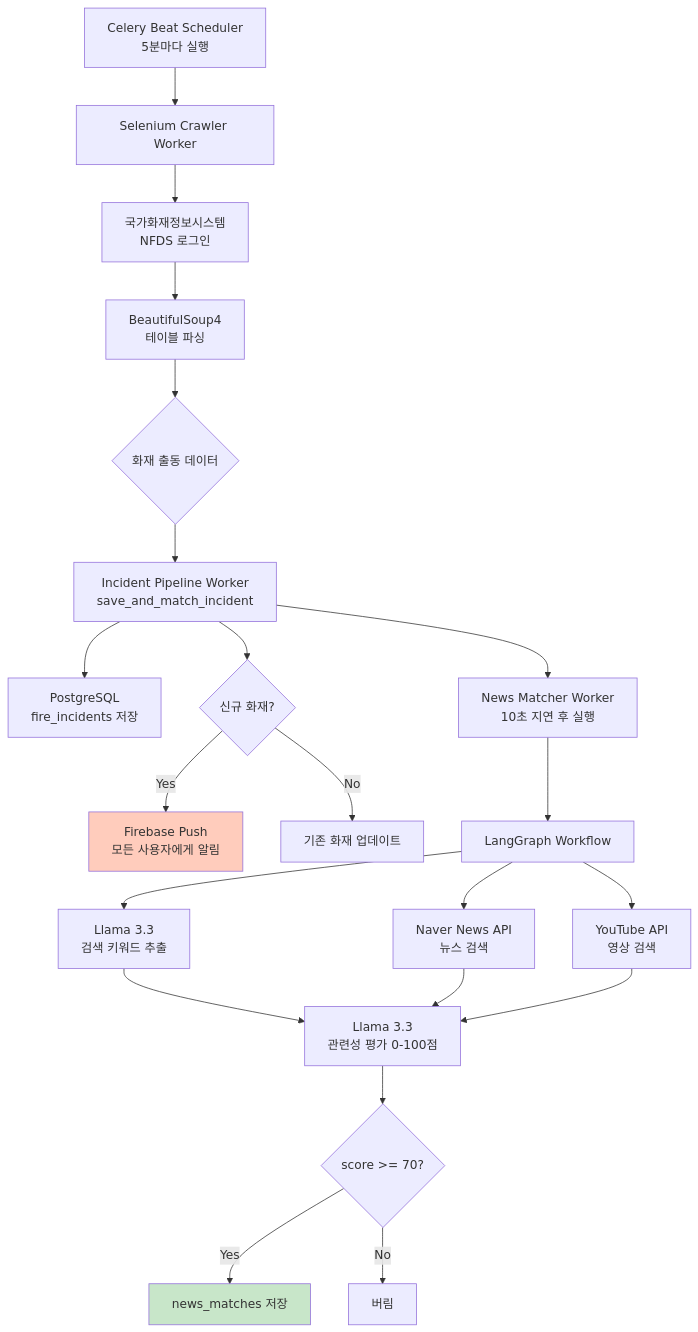
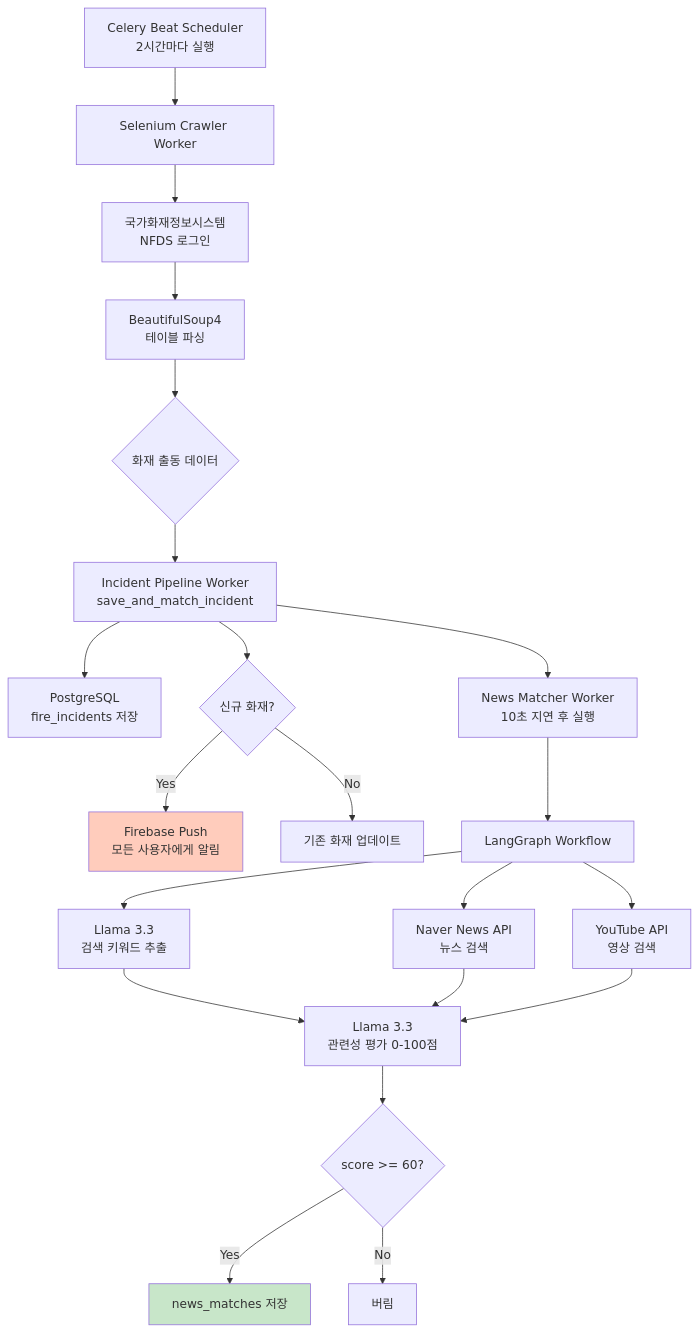
The sixth of 13 diagrams in docs/BODAM_SYSTEM_OVERVIEW.md (dlehdgml5328/bodam), drawn with Mermaid before and after one commit. The commit also changed other lines of this file and 3 other files, not shown here.

````diff
--- a/docs/BODAM_SYSTEM_OVERVIEW.md
+++ b/docs/BODAM_SYSTEM_OVERVIEW.md
@@ -379,36 +379,36 @@
 ```mermaid
 flowchart TD
-    A[Celery Beat Scheduler<br/>5분마다 실행] --> B[Selenium Crawler Worker]
+    A[Celery Beat Scheduler<br/>2시간마다 실행] --> B[Selenium Crawler Worker]
 
     B --> C[국가화재정보시스템<br/>NFDS 로그인]
     C --> D[BeautifulSoup4<br/>테이블 파싱]
 
     D --> E{화재 출동 데이터}
 
     E --> F[Incident Pipeline Worker<br/>save_and_match_incident]
 
     F --> G[PostgreSQL<br/>fire_incidents 저장]
 
     F --> H{신규 화재?}
     H -->|Yes| I[Firebase Push<br/>모든 사용자에게 알림]
     H -->|No| J[기존 화재 업데이트]
 
     F --> K[News Matcher Worker<br/>10초 지연 후 실행]
 
     K --> L[LangGraph Workflow]
 
     L --> M[Llama 3.3<br/>검색 키워드 추출]
     L --> N[Naver News API<br/>뉴스 검색]
     L --> O[YouTube API<br/>영상 검색]
 
     M --> P[Llama 3.3<br/>관련성 평가 0-100점]
     N --> P
     O --> P
 
-    P --> Q{score >= 70?}
+    P --> Q{score >= 60?}
     Q -->|Yes| R[news_matches 저장]
     Q -->|No| S[버림]
 
     style I fill:#ffccbc
     style R fill:#c8e6c9
 ```
````
